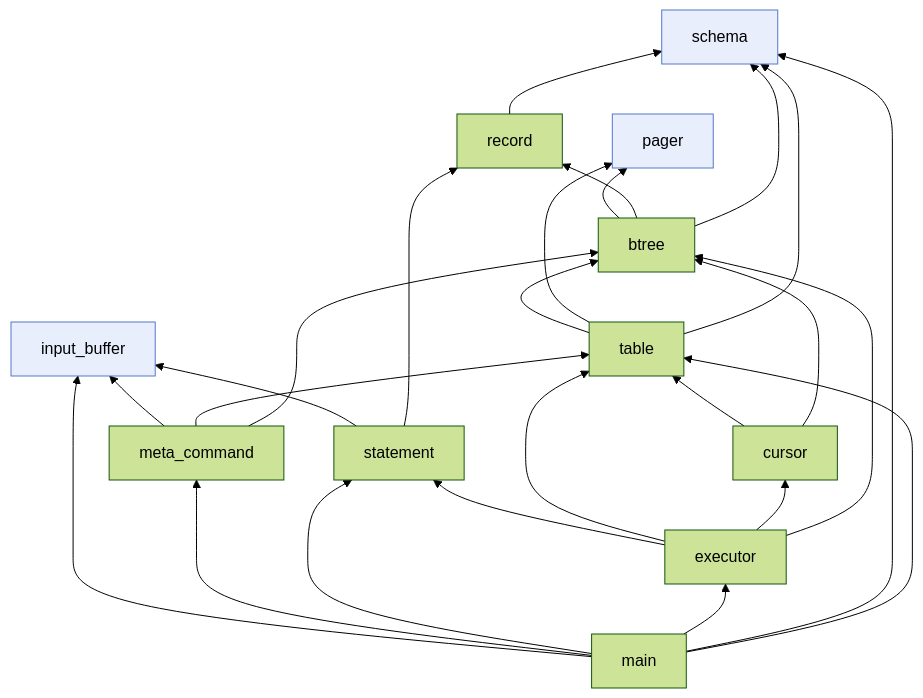
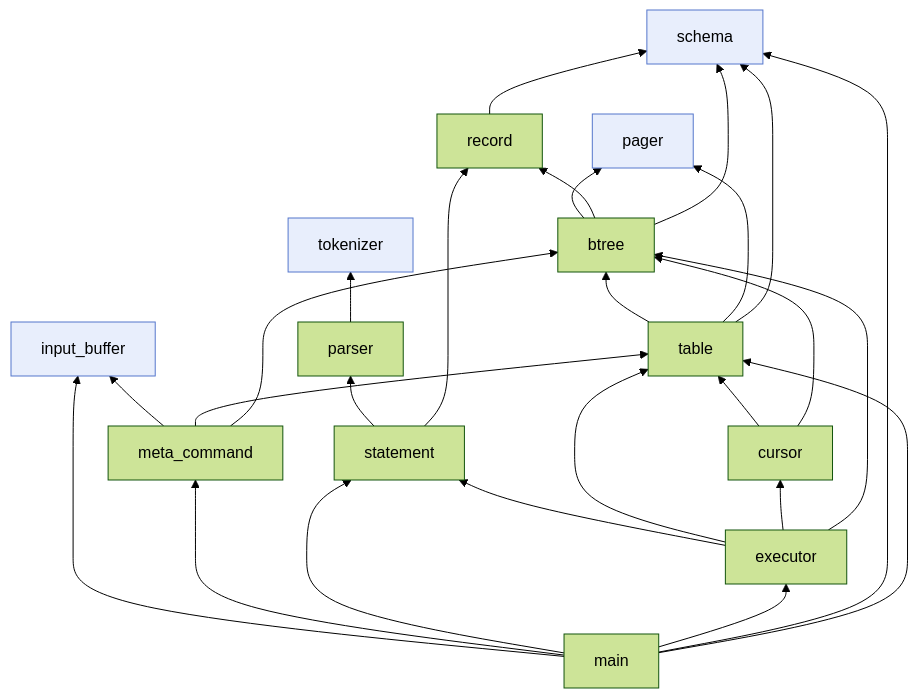
The third of 20 diagrams in README.md (Rohitangshu2026/mini-sql), drawn with Mermaid (forest theme) before and after one commit. The commit also changed other lines of this file, not shown here.

````diff
--- a/README.md
+++ b/README.md
@@ -234,31 +250,32 @@
 ```mermaid
 flowchart BT
     main --> input_buffer
     main --> meta_command
     main --> statement
     main --> executor
     main --> schema
     main --> table
 
     meta_command --> input_buffer
     meta_command --> table
     meta_command --> btree
-    statement --> input_buffer
+    statement --> parser
     statement --> record
+    parser --> tokenizer
     executor --> statement
     executor --> table
     executor --> cursor
     executor --> btree
     cursor --> table
     cursor --> btree
     table --> btree
     table --> pager
     table --> schema
     btree --> pager
     btree --> record
     btree --> schema
     record --> schema
 
     classDef leaf fill:#e8eefc,stroke:#5577cc;
-    class schema,input_buffer,pager leaf;
+    class schema,input_buffer,pager,tokenizer leaf;
 ```
````
